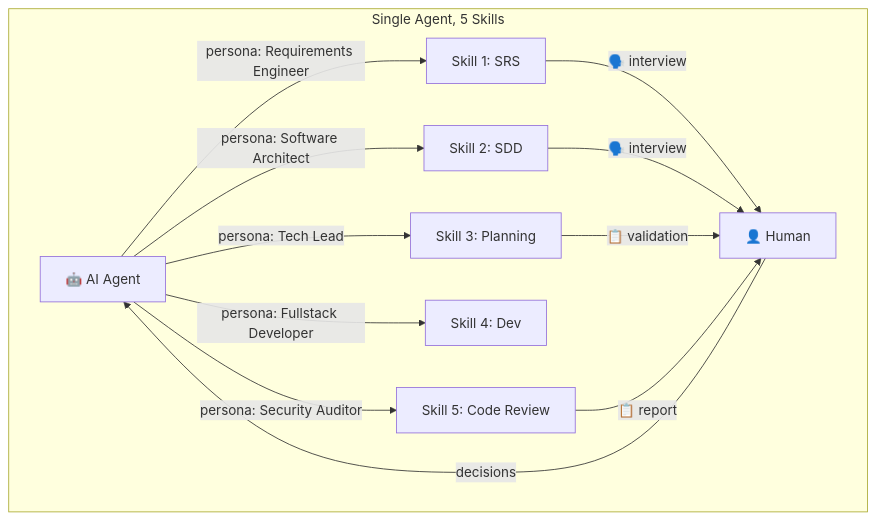
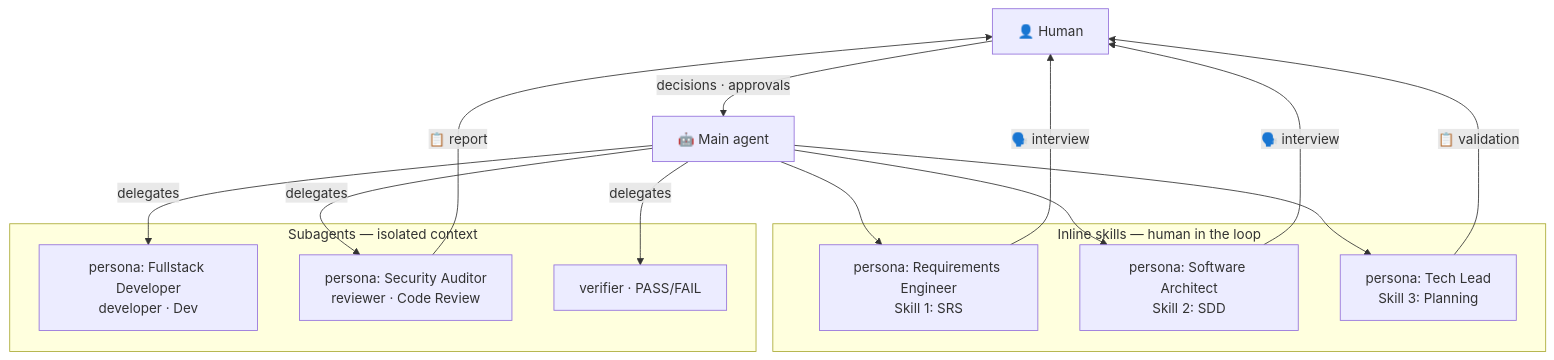
Before and after one commit to Daniel-da-Silva-Alves/Spec-Driven-Development-Kit: the first of 9 diagrams in ARCHITECTURE.md, drawn with Mermaid. The commit also changed other lines of this file and 1 other file, not shown here.

First line of the commit message:
docs: rewrite README + align ARCHITECTURE to the hybrid harness

````diff
--- a/ARCHITECTURE.md
+++ b/ARCHITECTURE.md
@@ -7,20 +13,25 @@
 ```mermaid
 graph TD
-    subgraph SDDK["Single Agent, 5 Skills"]
-        A["🤖 AI Agent"]
-        U["👤 Human"]
-        
-        A -->|"persona: Requirements Engineer"| S1["Skill 1: SRS"]
-        A -->|"persona: Software Architect"| S2["Skill 2: SDD"]
-        A -->|"persona: Tech Lead"| S3["Skill 3: Planning"]
-        A -->|"persona: Fullstack Developer"| S4["Skill 4: Dev"]
-        A -->|"persona: Security Auditor"| S5["Skill 5: Code Review"]
-        
-        S1 -->|"🗣️ interview"| U
-        S2 -->|"🗣️ interview"| U
-        S3 -->|"📋 validation"| U
-        S5 -->|"📋 report"| U
-        
-        U -->|"decisions"| A
+    U["👤 Human"]
+    A["🤖 Main agent"]
+    U -->|"decisions · approvals"| A
+
+    subgraph Inline["Inline skills — human in the loop"]
+        S1["persona: Requirements Engineer<br>Skill 1: SRS"]
+        S2["persona: Software Architect<br>Skill 2: SDD"]
+        S3["persona: Tech Lead<br>Skill 3: Planning"]
     end
+
+    subgraph Delegated["Subagents — isolated context"]
+        S4["persona: Fullstack Developer<br>developer · Dev"]
+        S5["persona: Security Auditor<br>reviewer · Code Review"]
+        VV["verifier · PASS/FAIL"]
+    end
+
+    A --> S1 & S2 & S3
+    A -->|"delegates"| S4 & S5 & VV
+    S1 -->|"🗣️ interview"| U
+    S2 -->|"🗣️ interview"| U
+    S3 -->|"📋 validation"| U
+    S5 -->|"📋 report"| U
 ```
````
